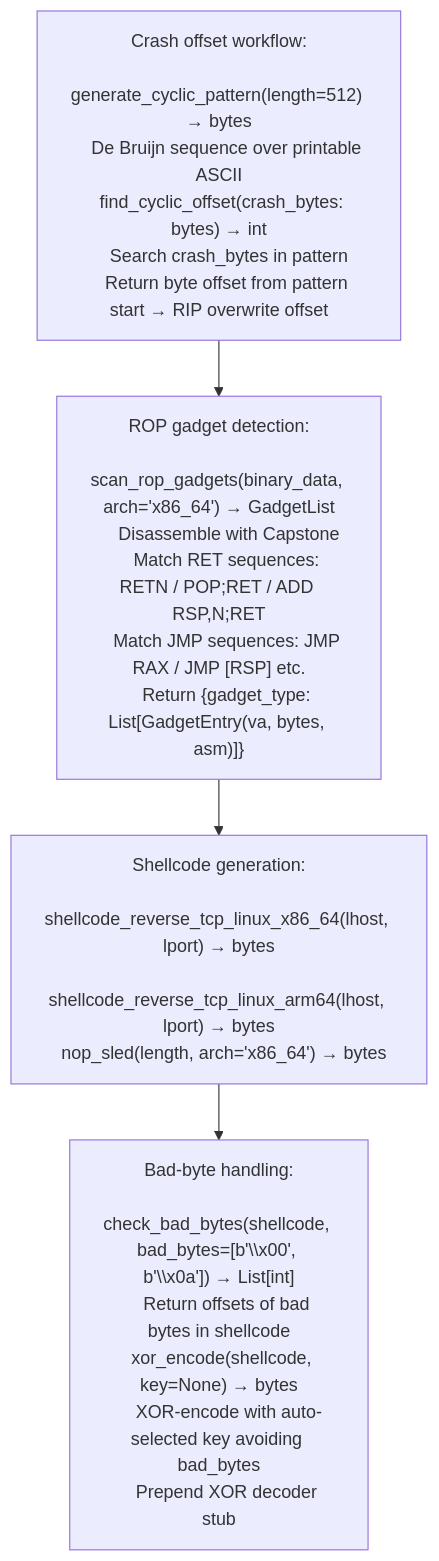
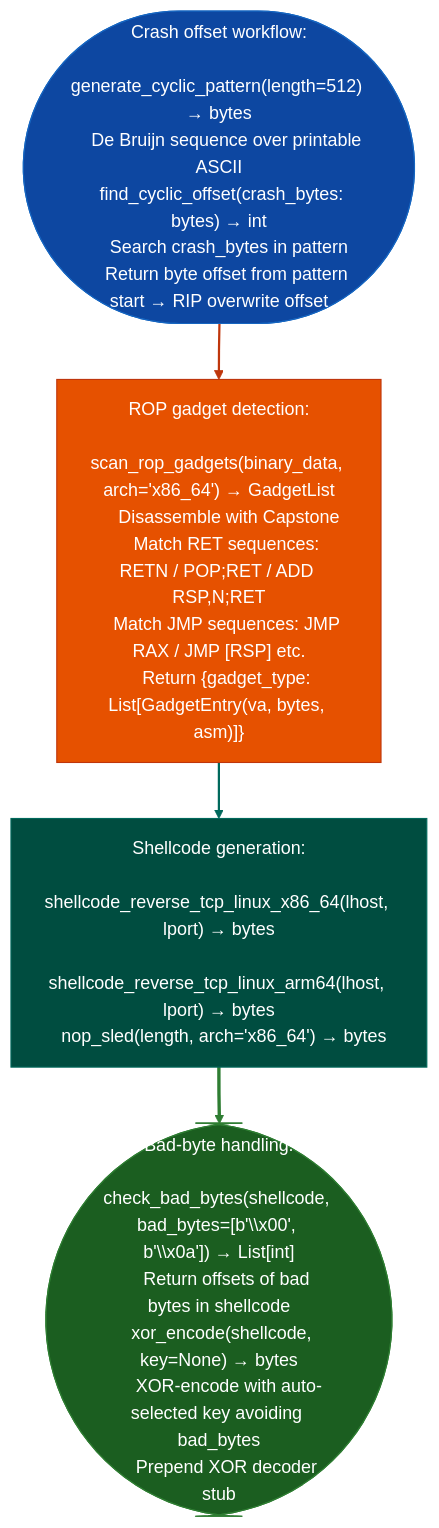
The diagram in docs/reference-modules/crash-offset-and-rop-helpers.md (Ablation-Tool/ablation), drawn with Mermaid before and after one commit. The commit also changed 320 other files, not shown here.

First line of the commit message:
docs: apply canonical Mermaid template to all 321 diagrams

````diff
--- a/docs/reference-modules/crash-offset-and-rop-helpers.md
+++ b/docs/reference-modules/crash-offset-and-rop-helpers.md
@@ -19,6 +19,15 @@
 ```mermaid
 flowchart TD
-    A["Crash offset workflow:\n  generate_cyclic_pattern(length=512) → bytes\n    De Bruijn sequence over printable ASCII\n  find_cyclic_offset(crash_bytes: bytes) → int\n    Search crash_bytes in pattern\n    Return byte offset from pattern start → RIP overwrite offset"] --> B["ROP gadget detection:\n  scan_rop_gadgets(binary_data, arch='x86_64') → GadgetList\n    Disassemble with Capstone\n    Match RET sequences: RETN / POP;RET / ADD RSP,N;RET\n    Match JMP sequences: JMP RAX / JMP [RSP] etc.\n    Return {gadget_type: List[GadgetEntry(va, bytes, asm)]}"]
-    B --> C["Shellcode generation:\n  shellcode_reverse_tcp_linux_x86_64(lhost, lport) → bytes\n  shellcode_reverse_tcp_linux_arm64(lhost, lport) → bytes\n  nop_sled(length, arch='x86_64') → bytes"]
-    C --> D["Bad-byte handling:\n  check_bad_bytes(shellcode, bad_bytes=[b'\\x00', b'\\x0a']) → List[int]\n    Return offsets of bad bytes in shellcode\n  xor_encode(shellcode, key=None) → bytes\n    XOR-encode with auto-selected key avoiding bad_bytes\n    Prepend XOR decoder stub"]
+    A(["Crash offset workflow:\n  generate_cyclic_pattern(length=512) → bytes\n    De Bruijn sequence over printable ASCII\n  find_cyclic_offset(crash_bytes: bytes) → int\n    Search crash_bytes in pattern\n    Return byte offset from pattern start → RIP overwrite offset"]):::input --> B["ROP gadget detection:\n  scan_rop_gadgets(binary_data, arch='x86_64') → GadgetList\n    Disassemble with Capstone\n    Match RET sequences: RETN / POP;RET / ADD RSP,N;RET\n    Match JMP sequences: JMP RAX / JMP [RSP] etc.\n    Return {gadget_type: List[GadgetEntry(va, bytes, asm)]}"]:::primary
+    B:::primary --> C["Shellcode generation:\n  shellcode_reverse_tcp_linux_x86_64(lhost, lport) → bytes\n  shellcode_reverse_tcp_linux_arm64(lhost, lport) → bytes\n  nop_sled(length, arch='x86_64') → bytes"]:::secondary
+    C:::secondary --> D(["Bad-byte handling:\n  check_bad_bytes(shellcode, bad_bytes=[b'\\x00', b'\\x0a']) → List[int]\n    Return offsets of bad bytes in shellcode\n  xor_encode(shellcode, key=None) → bytes\n    XOR-encode with auto-selected key avoiding bad_bytes\n    Prepend XOR decoder stub"]):::output
+    classDef input     fill:#0d47a1,stroke:#1565c0,color:#fff
+    classDef primary   fill:#e65100,stroke:#bf360c,color:#fff
+    classDef secondary fill:#004d40,stroke:#00695c,color:#fff
+    classDef tertiary  fill:#4a148c,stroke:#6a1b9a,color:#fff
+    classDef neutral   fill:#37474f,stroke:#546e7a,color:#fff
+    classDef output    fill:#1b5e20,stroke:#2e7d32,color:#fff
+    linkStyle 0 stroke:#bf360c,stroke-width:2px
+    linkStyle 1 stroke:#00695c,stroke-width:2px
+    linkStyle 2 stroke:#2e7d32,stroke-width:3px
 ```
````
